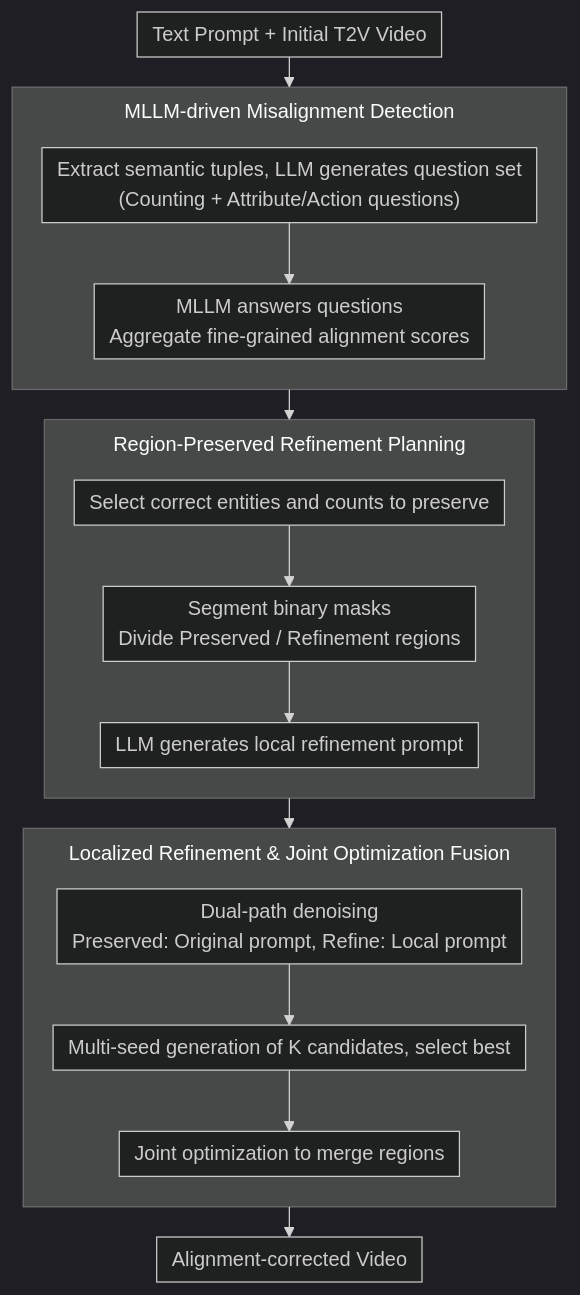
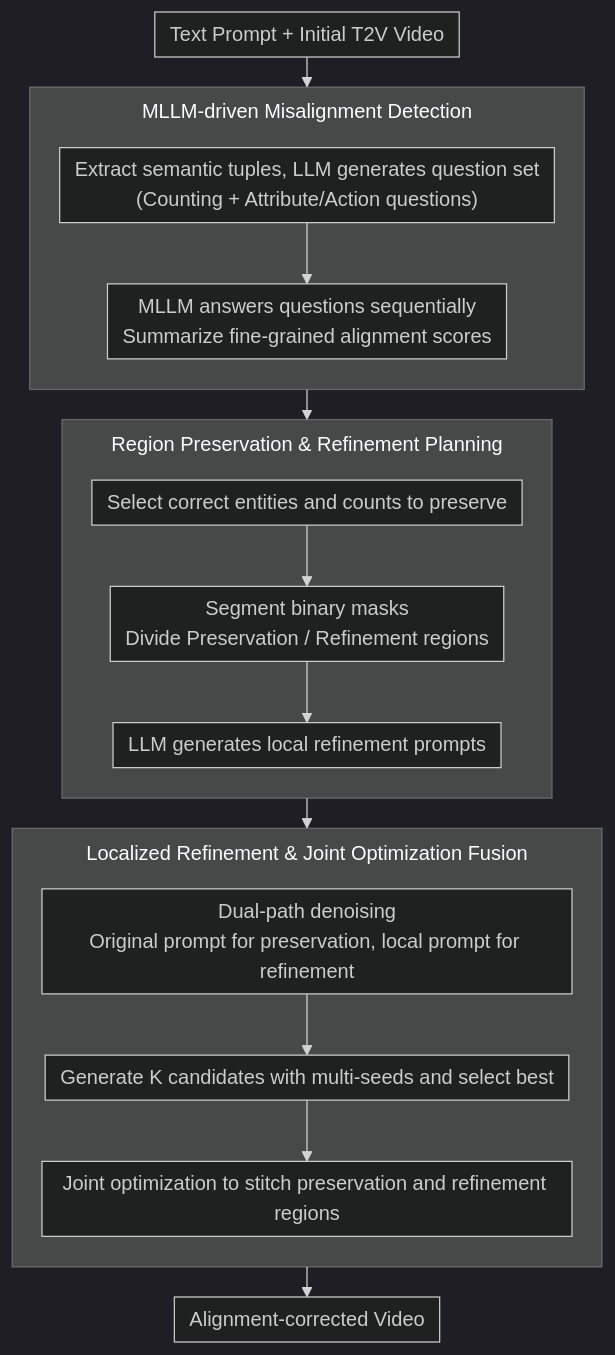
The diagram in docs/ACL2026/video_generation/self-correcting_text-to-video_generation_with_misalignment_detection_and_localiz.md (zhaoyang97/Paper-Notes-en), drawn with Mermaid (dark theme) before and after one commit. The commit also changed other lines of this file and 5084 other files, not shown here.

````diff
--- a/docs/ACL2026/video_generation/self-correcting_text-to-video_generation_with_misalignment_detection_and_localiz.md
+++ b/docs/ACL2026/video_generation/self-correcting_text-to-video_generation_with_misalignment_detection_and_localiz.md
@@ -45,28 +45,28 @@
 ```mermaid
 %%{init: {'flowchart': {'rankSpacing': 24, 'nodeSpacing': 28, 'padding': 6, 'wrappingWidth': 400, 'subGraphTitleMargin': {'top': 8, 'bottom': 16}}}}%%
 flowchart TD
     A["Text Prompt + Initial T2V Video"] --> S1
 
     subgraph S1["MLLM-driven Misalignment Detection"]
         direction TB
-        B["Extract semantic tuples, LLM generates question set<br/>(Counting + Attribute/Action questions)"] --> C["MLLM answers questions<br/>Aggregate fine-grained alignment scores"]
+        B["Extract semantic tuples, LLM generates question set<br/>(Counting + Attribute/Action questions)"] --> C["MLLM answers questions sequentially<br/>Summarize fine-grained alignment scores"]
     end
 
     S1 --> S2
 
-    subgraph S2["Region-Preserved Refinement Planning"]
+    subgraph S2["Region Preservation & Refinement Planning"]
         direction TB
-        D["Select correct entities and counts to preserve"] --> E["Segment binary masks<br/>Divide Preserved / Refinement regions"]
-        E --> F["LLM generates local refinement prompt"]
+        D["Select correct entities and counts to preserve"] --> E["Segment binary masks<br/>Divide Preservation / Refinement regions"]
+        E --> F["LLM generates local refinement prompts"]
     end
 
     S2 --> S3
 
     subgraph S3["Localized Refinement & Joint Optimization Fusion"]
         direction TB
-        G["Dual-path denoising<br/>Preserved: Original prompt, Refine: Local prompt"] --> H["Multi-seed generation of K candidates, select best"]
-        H --> I["Joint optimization to merge regions"]
+        G["Dual-path denoising<br/>Original prompt for preservation, local prompt for refinement"] --> H["Generate K candidates with multi-seeds and select best"]
+        H --> I["Joint optimization to stitch preservation and refinement regions"]
     end
 
     S3 --> J["Alignment-corrected Video"]
 ```
````
